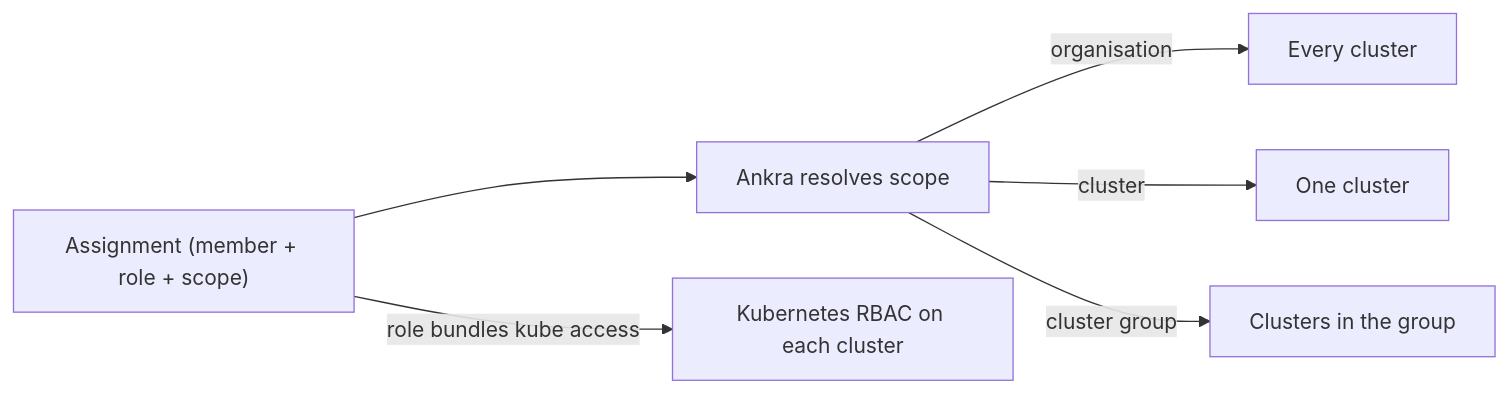
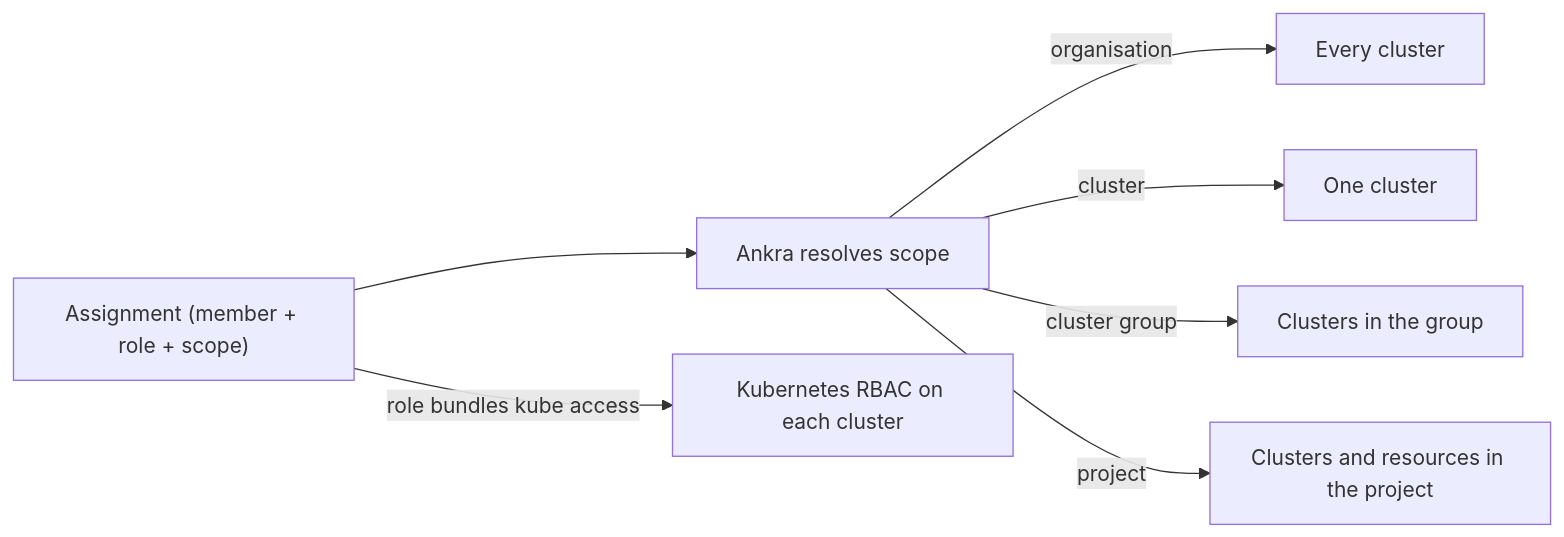
One commit to ankraio/ankra-docs changed the diagram in guides/roles-and-access.mdx. Above: the diagram before and after it, drawn with Mermaid. The commit also changed other lines of this file and 16 other files, not shown here.

````diff
--- a/guides/roles-and-access.mdx
+++ b/guides/roles-and-access.mdx
@@ -18,8 +18,9 @@
 ```mermaid
 flowchart LR
     Assignment["Assignment (member + role + scope)"] --> Resolve[Ankra resolves scope]
     Resolve -->|organisation| AllClusters[Every cluster]
     Resolve -->|cluster| OneCluster[One cluster]
     Resolve -->|cluster group| GroupClusters[Clusters in the group]
+    Resolve -->|project| ProjectClusters[Clusters and resources in the project]
     Assignment -->|"role bundles kube access"| Kube[Kubernetes RBAC on each cluster]
 ```
````
